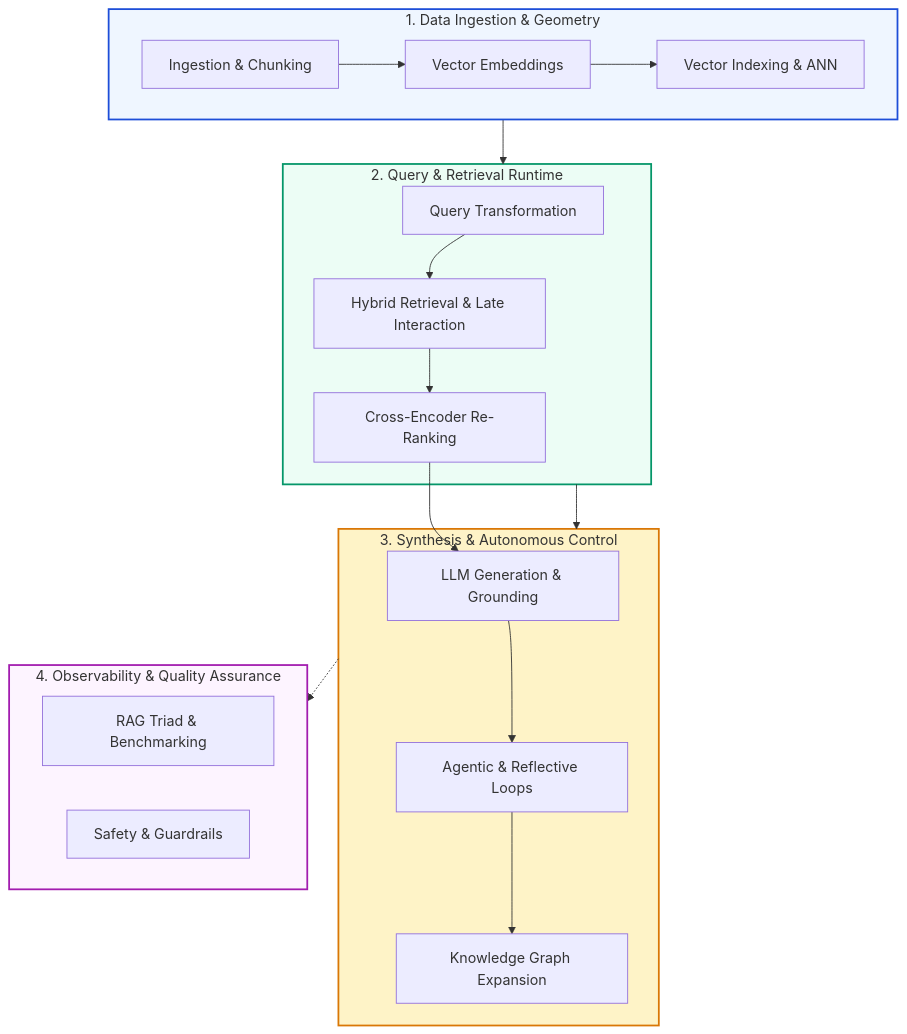
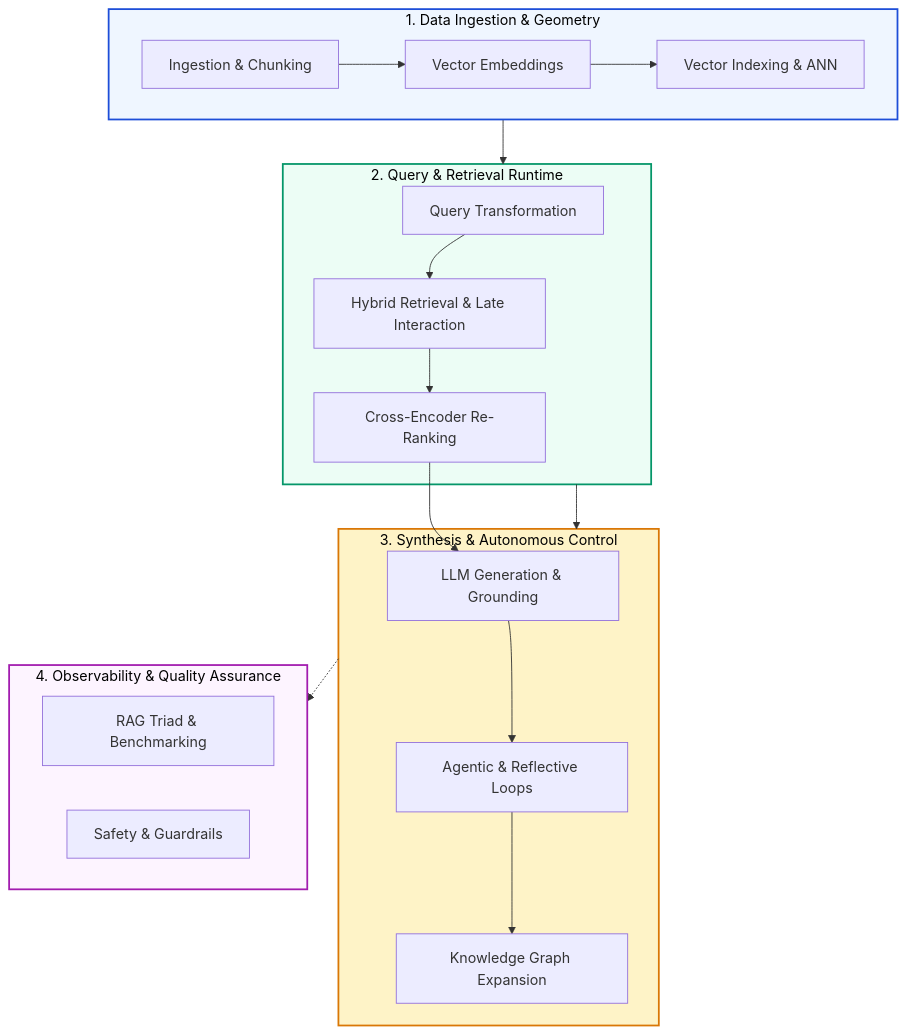
Before and after one commit to swapnil3104/RAG-Engineering: the first of 2 diagrams in 12-Resources/Glossary.md, drawn with Mermaid. The commit also changed other lines of this file and 108 other files, not shown here.

Commit message:
fix: make chart text visible across all Mermaid diagrams and resolve markdown table formatting issues

````diff
--- a/12-Resources/Glossary.md
+++ b/12-Resources/Glossary.md
@@ -29,31 +29,31 @@
 ```mermaid
 flowchart TD
     subgraph DataPlane ["1. Data Ingestion & Geometry"]
         ING["Ingestion & Chunking"] --> EMB["Vector Embeddings"]
         EMB --> VDB["Vector Indexing & ANN"]
     end
 
     subgraph QueryPlane ["2. Query & Retrieval Runtime"]
         QT["Query Transformation"] --> RET["Hybrid Retrieval & Late Interaction"]
         RET --> RRK["Cross-Encoder Re-Ranking"]
     end
 
     subgraph ReasoningPlane ["3. Synthesis & Autonomous Control"]
         RRK --> GEN["LLM Generation & Grounding"]
         GEN --> AGT["Agentic & Reflective Loops"]
         AGT --> KG["Knowledge Graph Expansion"]
     end
 
     subgraph GovernancePlane ["4. Observability & Quality Assurance"]
         EVAL["RAG Triad & Benchmarking"]
         GRD["Safety & Guardrails"]
     end
 
     DataPlane --> QueryPlane --> ReasoningPlane
     ReasoningPlane -.-> GovernancePlane
 
-    style DataPlane fill:#eff6ff,stroke:#1d4ed8,stroke-width:2px
-    style QueryPlane fill:#ecfdf5,stroke:#059669,stroke-width:2px
-    style ReasoningPlane fill:#fef3c7,stroke:#d97706,stroke-width:2px
-    style GovernancePlane fill:#fdf4ff,stroke:#a21caf,stroke-width:2px
+    style DataPlane fill:#eff6ff,stroke:#1d4ed8,stroke-width:2px,color:#000000
+    style QueryPlane fill:#ecfdf5,stroke:#059669,stroke-width:2px,color:#000000
+    style ReasoningPlane fill:#fef3c7,stroke:#d97706,stroke-width:2px,color:#000000
+    style GovernancePlane fill:#fdf4ff,stroke:#a21caf,stroke-width:2px,color:#000000
 ```
````
